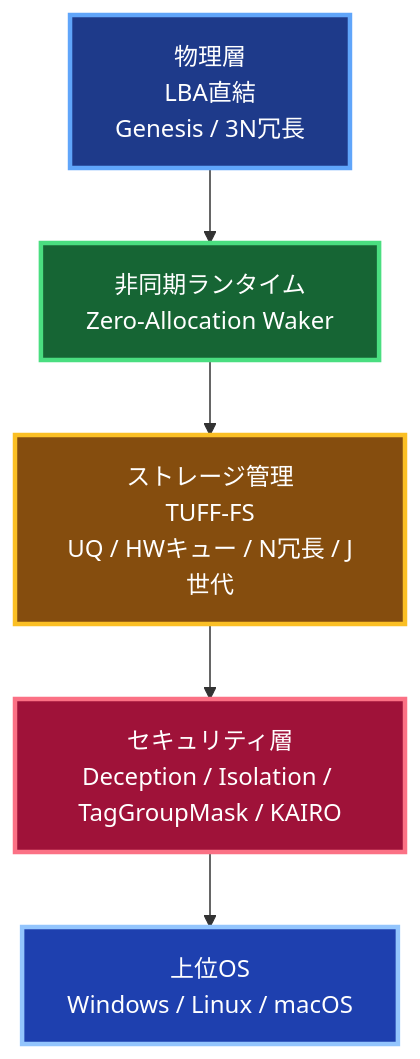
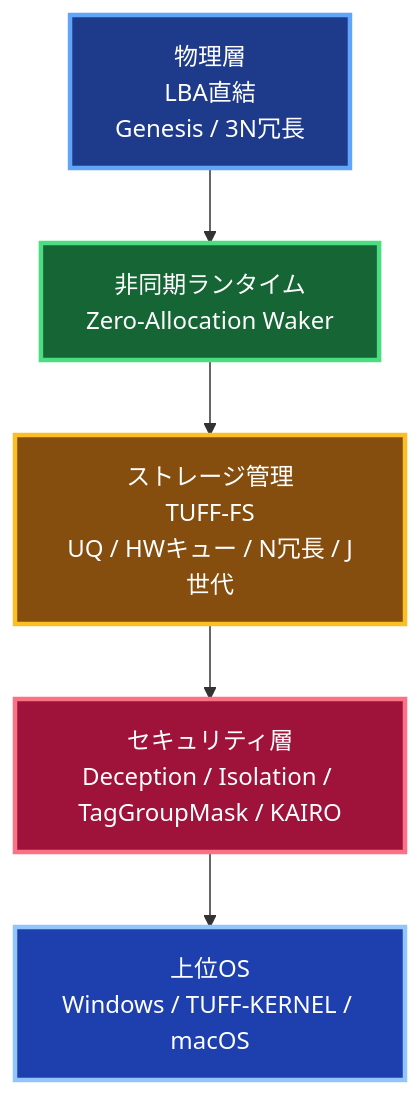
One commit to elementary-particles-Man/TUFF-OS-ISO changed the first of 5 diagrams in archive/v1.0.0/docs/jp/TUFF-OS 詳細説明書（技術的説明書）.md. Above: the diagram before and after it, drawn with Mermaid. The commit also changed other lines of this file and 41 other files, not shown here.

Commit message:
DOCS: Comprehensive overhaul of manuals to reflect Pure Rust Bare-metal Sovereign Core and ZRAM architecture.

````diff
--- a/archive/v1.0.0/docs/jp/TUFF-OS 詳細説明書（技術的説明書）.md
+++ b/archive/v1.0.0/docs/jp/TUFF-OS 詳細説明書（技術的説明書）.md
@@ -11,20 +19,20 @@
 ```mermaid
 flowchart TD
     A[物理層\nLBA直結\nGenesis / 3N冗長] 
     --> B[非同期ランタイム\nZero-Allocation Waker]
     B --> C[ストレージ管理\nTUFF-FS\nUQ / HWキュー / N冗長 / J世代]
     C --> D[セキュリティ層\nDeception / Isolation / TagGroupMask / KAIRO]
-    D --> E[上位OS\nWindows / Linux / macOS]
+    D --> E[上位OS\nWindows / TUFF-KERNEL / macOS]
 
     classDef phys fill:#1e3a8a,color:#fff,stroke:#60a5fa,stroke-width:3px
     classDef runtime fill:#166534,color:#fff,stroke:#4ade80,stroke-width:3px
     classDef fs fill:#854d0e,color:#fff,stroke:#fbbf24,stroke-width:3px
     classDef sec fill:#9f1239,color:#fff,stroke:#fb7185,stroke-width:3px
     classDef upper fill:#1e40af,color:#fff,stroke:#93c5fd,stroke-width:3px
 
     class A phys
     class B runtime
     class C fs
     class D sec
     class E upper
 ```
````
